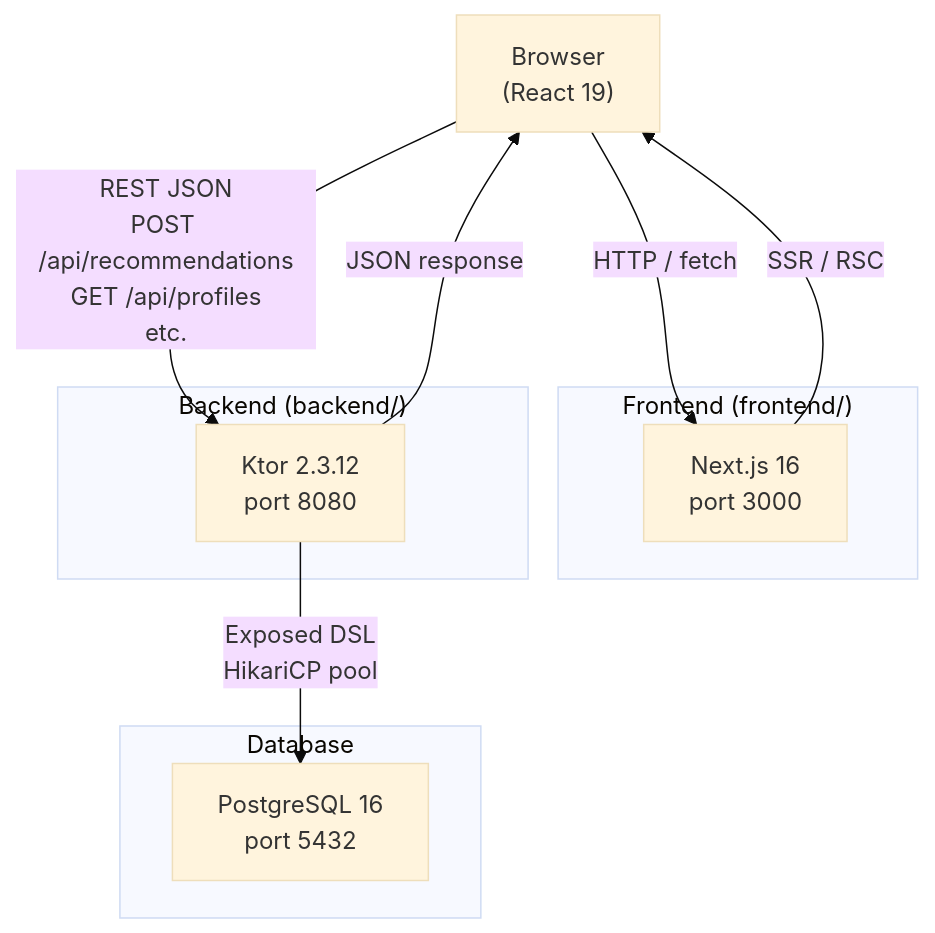
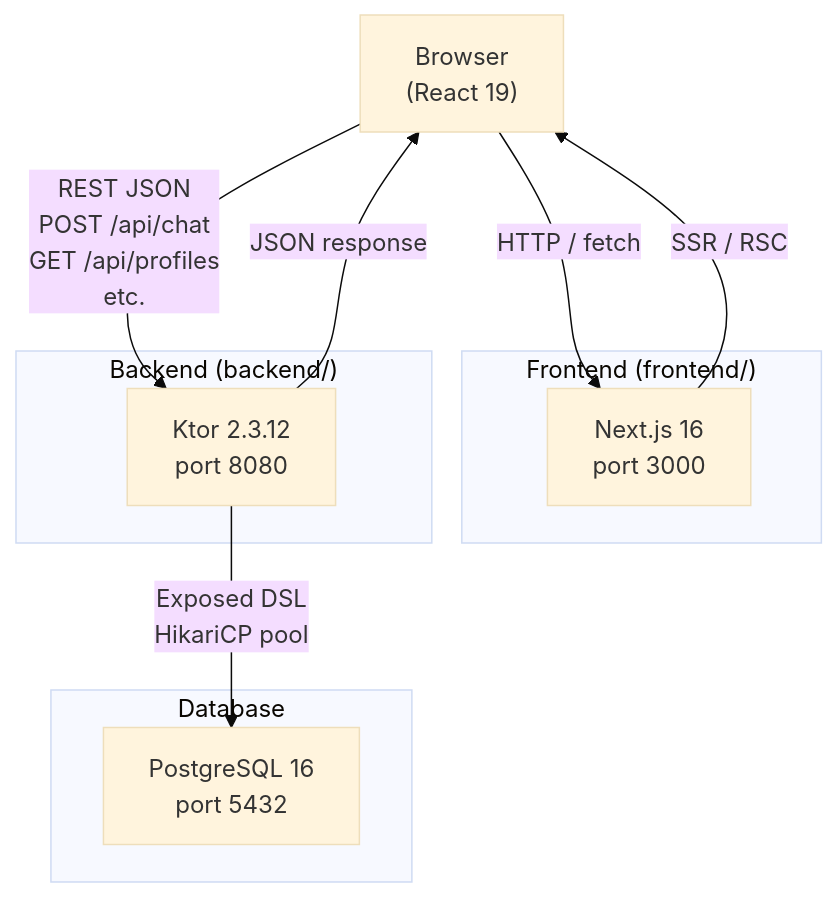
The first of 5 diagrams in CLAUDE.md (Yehdar/Canadian-Credit-Card-Points-Optimizer), drawn with Mermaid (base theme) before and after one commit. The commit also changed other lines of this file and 2 other files, not shown here.

````diff
--- a/CLAUDE.md
+++ b/CLAUDE.md
@@ -27,25 +29,25 @@
 ```mermaid
 graph TB
     Browser["Browser\n(React 19)"]
     Next["Next.js 16\nport 3000"]
     Ktor["Ktor 2.3.12\nport 8080"]
     PG["PostgreSQL 16\nport 5432"]
 
     Browser -->|"HTTP / fetch"| Next
     Next -->|"SSR / RSC"| Browser
-    Browser -->|"REST JSON\nPOST /api/recommendations\nGET /api/profiles\netc."| Ktor
+    Browser -->|"REST JSON\nPOST /api/chat\nGET /api/profiles\netc."| Ktor
     Ktor -->|"Exposed DSL\nHikariCP pool"| PG
     Ktor -->|"JSON response"| Browser
 
     subgraph Frontend ["Frontend (frontend/)"]
         Next
     end
 
     subgraph Backend ["Backend (backend/)"]
         Ktor
     end
 
     subgraph DB ["Database"]
         PG
     end
 ```
````
